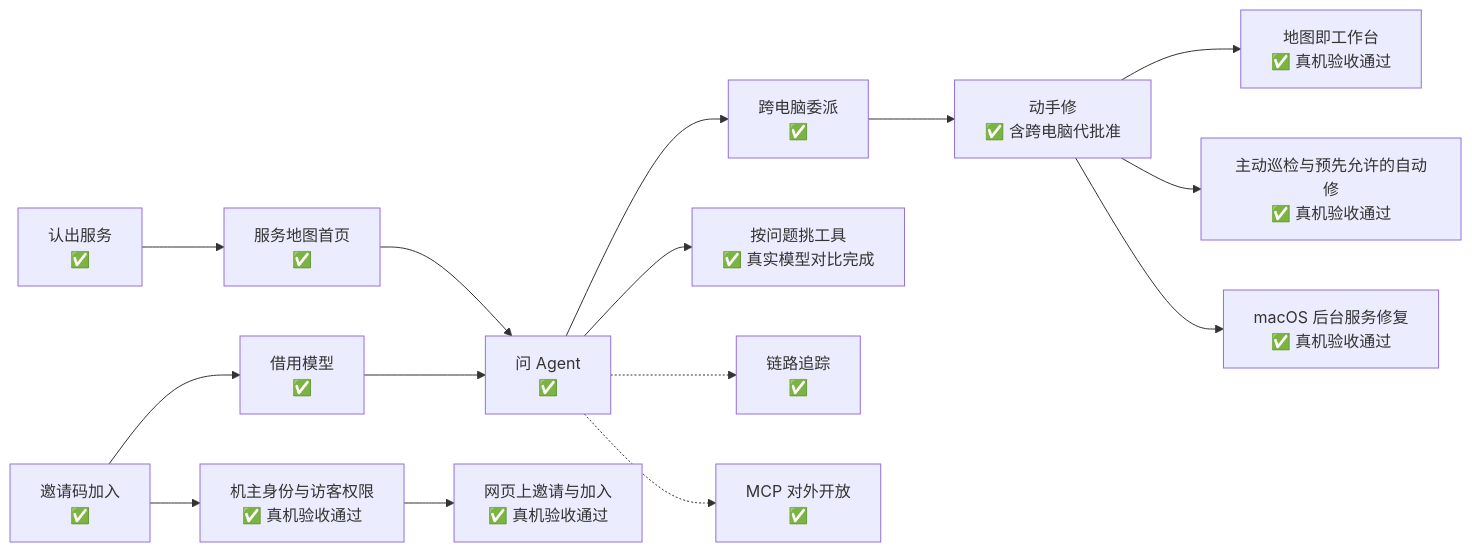
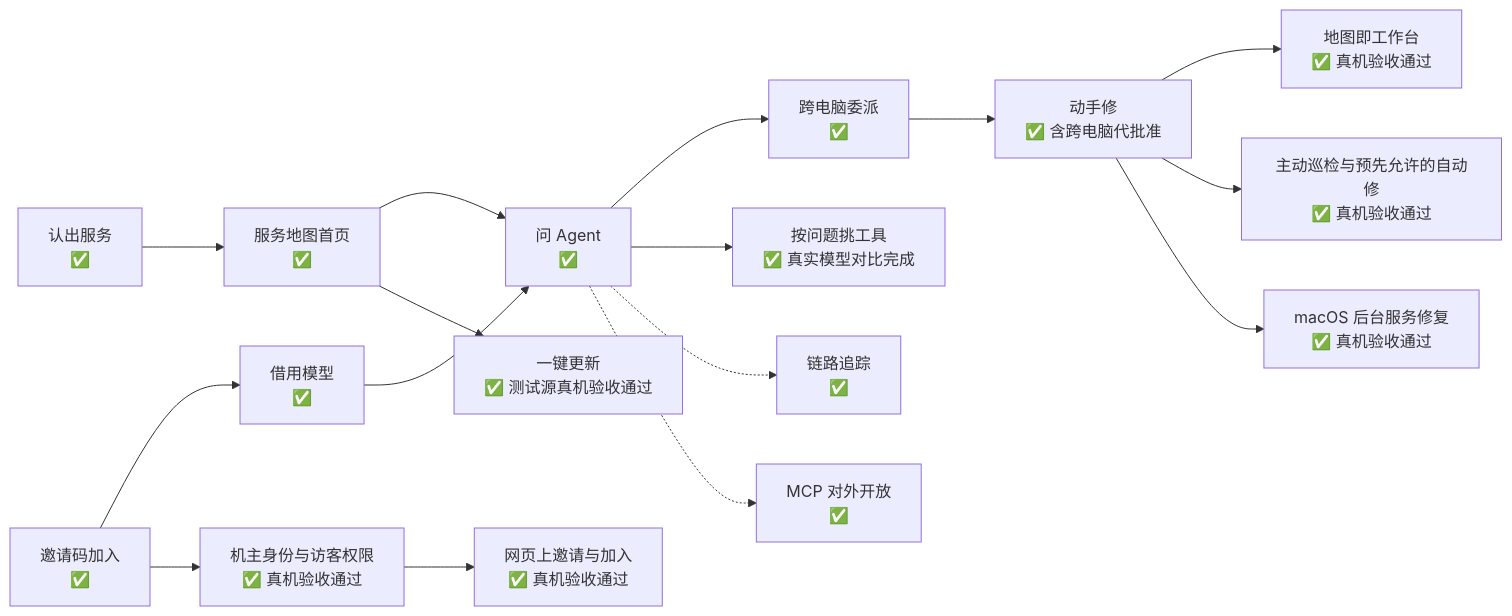
The diagram in docs/project/roadmap.md (Sugarfarmeriod/TunnelMinion), drawn with Mermaid before and after one commit. The commit also changed other lines of this file and 1 other file, not shown here.

````diff
--- a/docs/project/roadmap.md
+++ b/docs/project/roadmap.md
@@ -15,17 +15,18 @@
 ```mermaid
 flowchart LR
     S["认出服务<br/>✅"] --> M["服务地图首页<br/>✅"]
     M --> Q["问 Agent<br/>✅"]
     Q --> D["跨电脑委派<br/>✅"]
     D --> R["动手修<br/>✅ 含跨电脑代批准"]
     R --> W["地图即工作台<br/>✅ 真机验收通过"]
     J["邀请码加入<br/>✅"] --> B["借用模型<br/>✅"]
     J --> I["机主身份与访客权限<br/>✅ 真机验收通过"]
     I --> G["网页上邀请与加入<br/>✅ 真机验收通过"]
     R --> P["主动巡检与预先允许的自动修<br/>✅ 真机验收通过"]
     R --> L["macOS 后台服务修复<br/>✅ 真机验收通过"]
+    M --> U["一键更新<br/>✅ 测试源真机验收通过"]
     Q --> T["按问题挑工具<br/>✅ 真实模型对比完成"]
     B --> Q
     Q -.-> O["链路追踪<br/>✅"]
     Q -.-> X["MCP 对外开放<br/>✅"]
 ```
````
